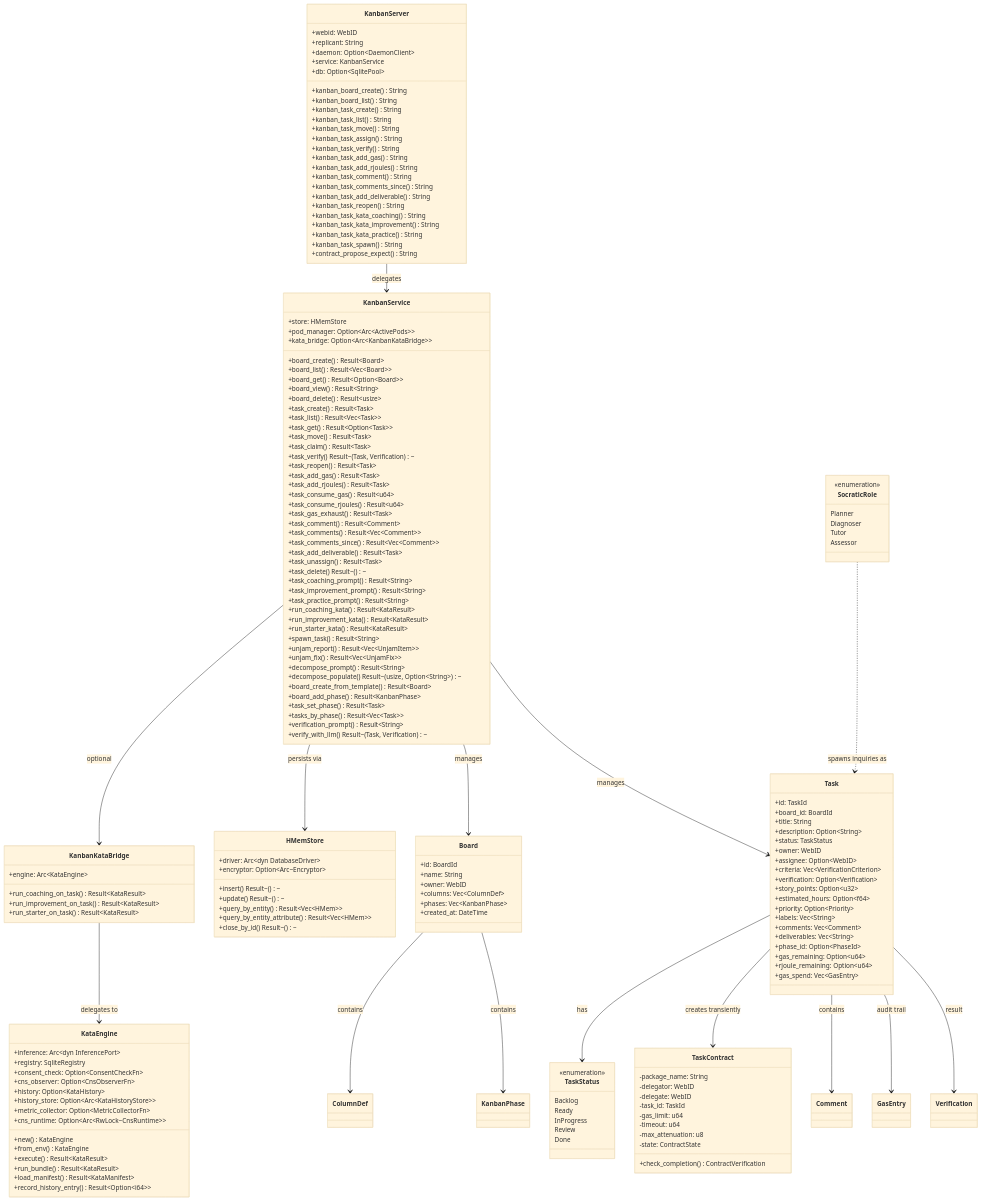
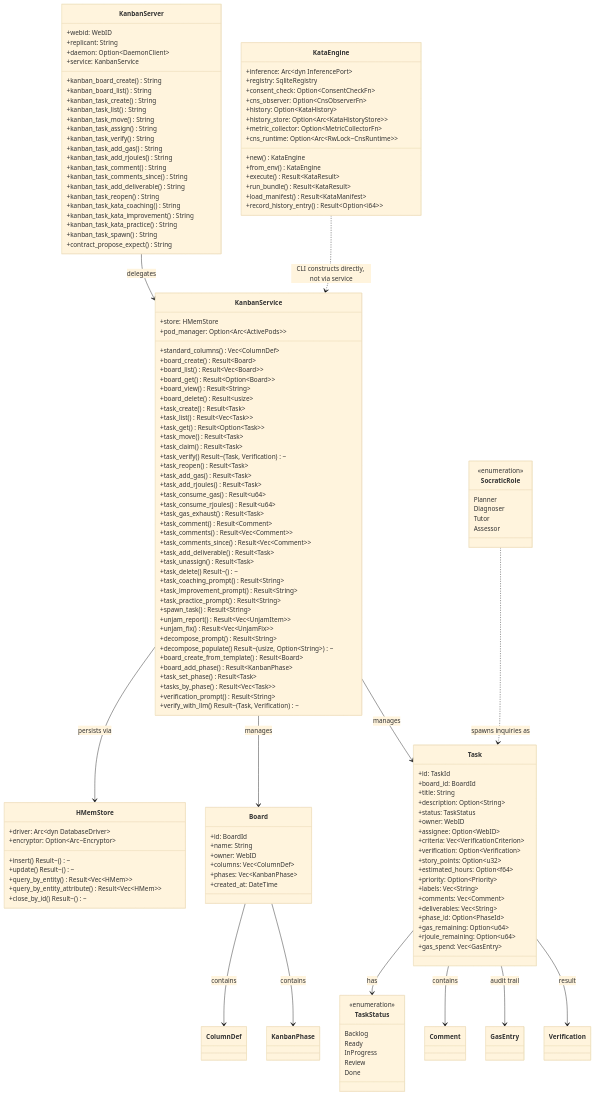
The diagram in docs/diagrams/class-kata-kanban-architecture.md (mdz-axo/hKask), drawn with Mermaid (base theme) before and after one commit. The commit also changed other lines of this file and 2 other files, not shown here.

Commit message:
Update kanban diagrams and review status
- Remove KanbanKataBridge and TaskContract from architecture diagram
- Reflect stricter task_claim status checks in state diagram
- Mark all 14 adversarial review findings as resolved

````diff
--- a/docs/diagrams/class-kata-kanban-architecture.md
+++ b/docs/diagrams/class-kata-kanban-architecture.md
@@ -22,7 +20,6 @@
         +replicant: String
         +daemon: Option~DaemonClient~
         +service: KanbanService
-        +db: Option~SqlitePool~
         +kanban_board_create() String
         +kanban_board_list() String
         +kanban_task_create() String
@@ -46,7 +43,7 @@
     class KanbanService {
         +store: HMemStore
         +pod_manager: Option~Arc~ActivePods~~
-        +kata_bridge: Option~Arc~KanbanKataBridge~~
+        +standard_columns() Vec~ColumnDef~
         +board_create() Result~Board~
         +board_list() Result~Vec~Board~~
         +board_get() Result~Option~Board~~
@@ -73,9 +70,6 @@
         +task_coaching_prompt() Result~String~
         +task_improvement_prompt() Result~String~
         +task_practice_prompt() Result~String~
-        +run_coaching_kata() Result~KataResult~
-        +run_improvement_kata() Result~KataResult~
-        +run_starter_kata() Result~KataResult~
         +spawn_task() Result~String~
         +unjam_report() Result~Vec~UnjamItem~~
         +unjam_fix() Result~Vec~UnjamFix~~
@@ -87,13 +81,6 @@
         +tasks_by_phase() Result~Vec~Task~~
         +verification_prompt() Result~String~
         +verify_with_llm() Result~(Task, Verification)~
-    }
-
-    class KanbanKataBridge {
-        +engine: Arc~KataEngine~
-        +run_coaching_on_task() Result~KataResult~
-        +run_improvement_on_task() Result~KataResult~
-        +run_starter_on_task() Result~KataResult~
     }
 
     class KataEngine {
@@ -163,18 +150,6 @@
         Done
     }
 
-    class TaskContract {
-        -package_name: String
-        -delegator: WebID
-        -delegate: WebID
-        -task_id: TaskId
-        -gas_limit: u64
-        -timeout: u64
-        -max_attenuation: u8
-        -state: ContractState
-        +check_completion() ContractVerification
-    }
-
     class SocraticRole {
         <<enumeration>>
         Planner
@@ -185,16 +160,14 @@
 
     KanbanServer --> KanbanService : delegates
     KanbanService --> HMemStore : persists via
-    KanbanService --> KanbanKataBridge : optional
-    KanbanKataBridge --> KataEngine : delegates to
     KanbanService --> Board : manages
     KanbanService --> Task : manages
     Board --> ColumnDef : contains
     Board --> KanbanPhase : contains
     Task --> TaskStatus : has
-    Task --> TaskContract : creates transiently
     Task --> Comment : contains
     Task --> GasEntry : audit trail
     Task --> Verification : result
     SocraticRole ..> Task : spawns inquiries as
+    KataEngine ..> KanbanService : CLI constructs directly, not via service
 ```
````
